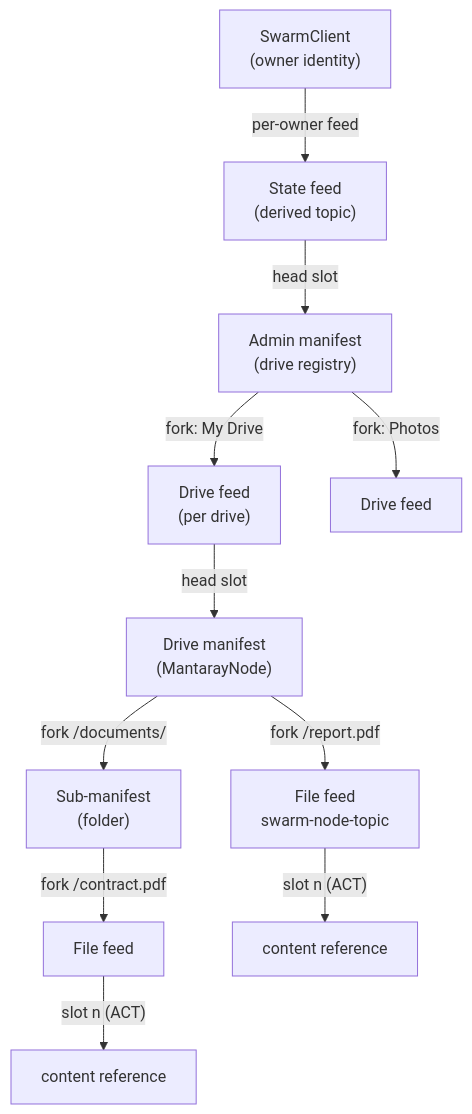
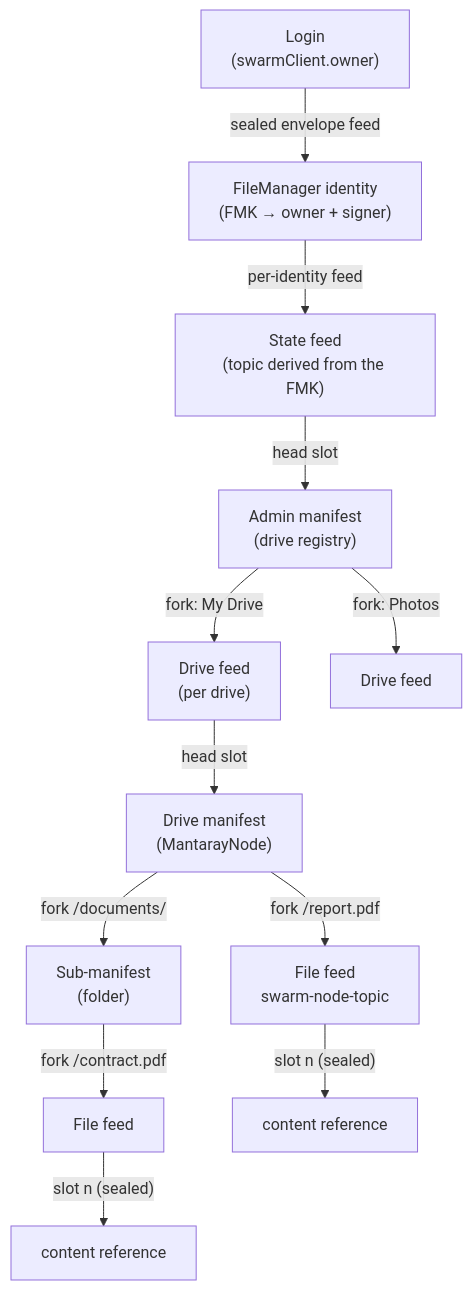
Before and after one commit to Solar-Punk-Ltd/file-manager-lib: the diagram in README.md, drawn with Mermaid. The commit also changed other lines of this file and 3 other files, not shown here.

````diff
--- a/README.md
+++ b/README.md
@@ -45,13 +46,14 @@
 ```mermaid
 flowchart TD
-  S["SwarmClient<br/>(owner identity)"] -->|per-owner feed| SF["State feed<br/>(derived topic)"]
+  L["Login<br/>(swarmClient.owner)"] -->|"sealed envelope feed"| S["FileManager identity<br/>(FMK → owner + signer)"]
+  S -->|per-identity feed| SF["State feed<br/>(topic derived from the FMK)"]
   SF -->|head slot| AM["Admin manifest<br/>(drive registry)"]
   AM -->|fork: My Drive| DF1["Drive feed<br/>(per drive)"]
   AM -->|fork: Photos| DF2["Drive feed"]
   DF1 -->|head slot| DM["Drive manifest<br/>(MantarayNode)"]
   DM -->|"fork /report.pdf"| FF1["File feed<br/>swarm-node-topic"]
   DM -->|"fork /documents/"| SUB["Sub-manifest<br/>(folder)"]
   SUB -->|"fork /contract.pdf"| FF2["File feed"]
-  FF1 -->|"slot n (ACT)"| C1["content reference"]
-  FF2 -->|"slot n (ACT)"| C2["content reference"]
+  FF1 -->|"slot n (sealed)"| C1["content reference"]
+  FF2 -->|"slot n (sealed)"| C2["content reference"]
 ```
````
